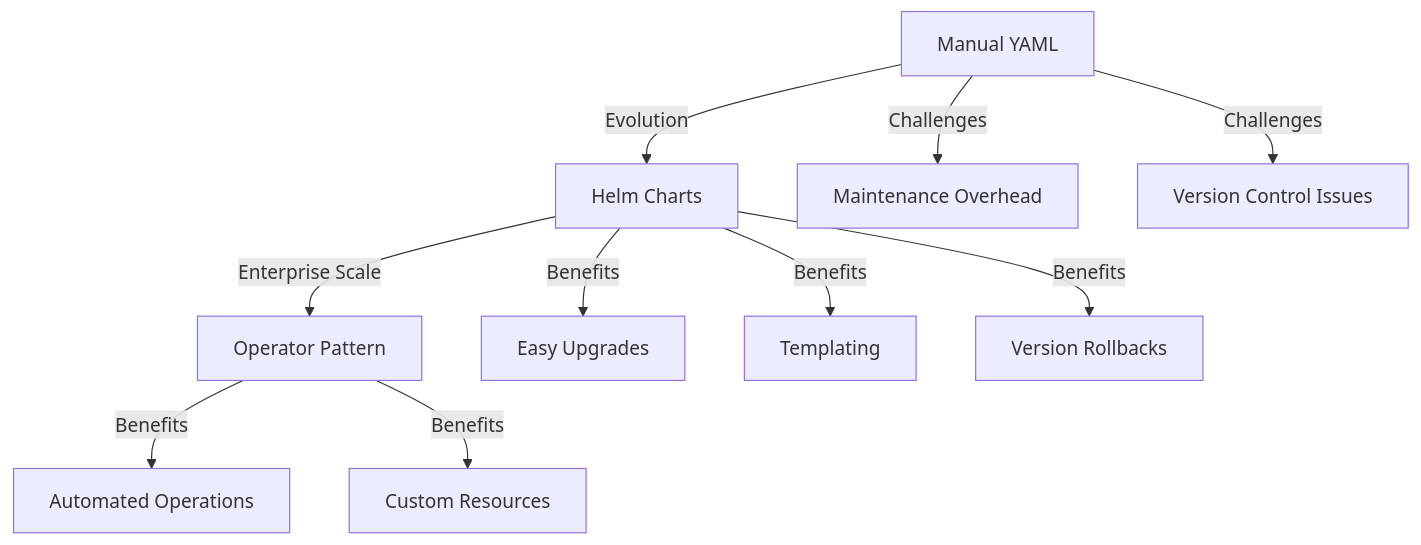
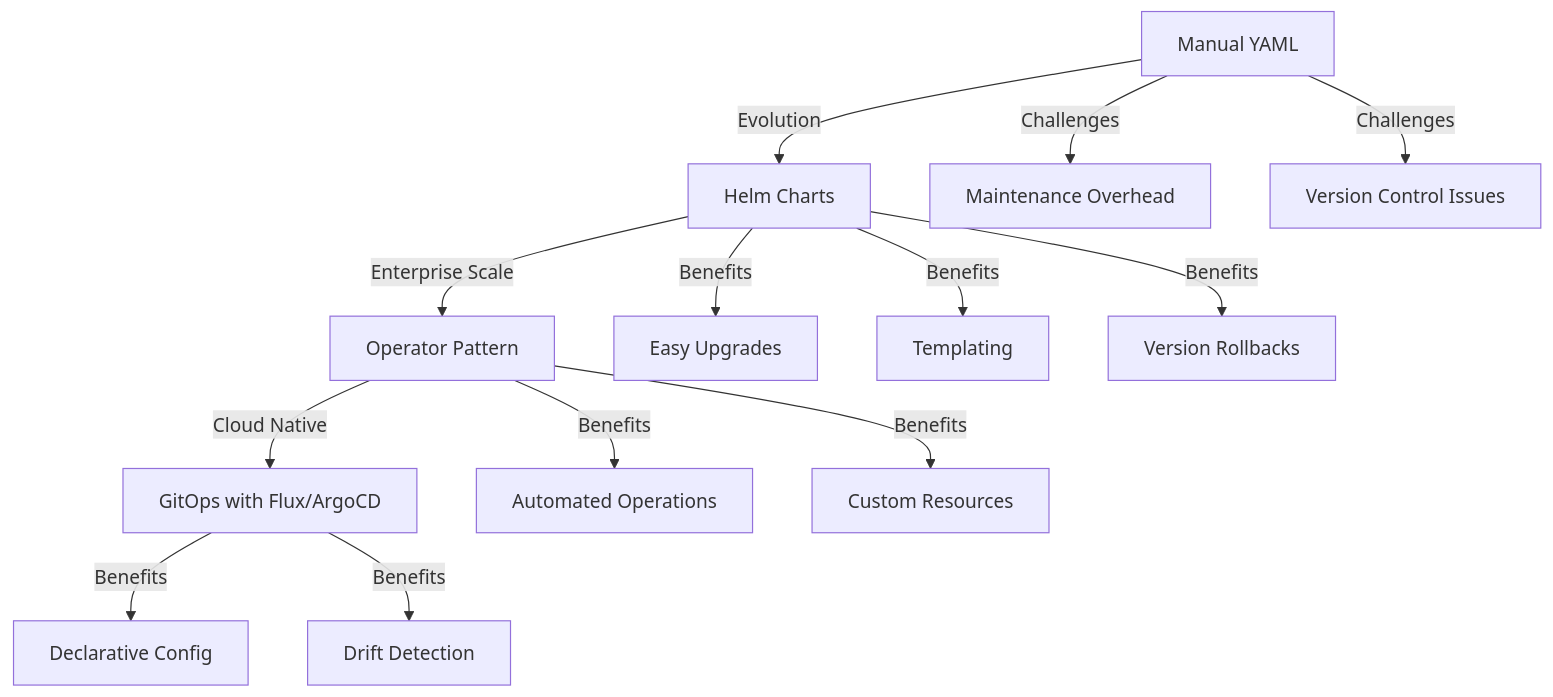
One commit to AkhilMylaram/terraform changed the first of 2 diagrams in docs/monitoring-implementation.md. Above: the diagram before and after it, drawn with Mermaid. The commit also changed other lines of this file and 2 other files, not shown here.

````diff
--- a/docs/monitoring-implementation.md
+++ b/docs/monitoring-implementation.md
@@ -42,15 +42,19 @@
 ```mermaid
 graph TD
     A[Manual YAML] -->|Evolution| B[Helm Charts]
     B -->|Enterprise Scale| C[Operator Pattern]
+    C -->|Cloud Native| D[GitOps with Flux/ArgoCD]
     
-    A -->|Challenges| D[Maintenance Overhead]
-    A -->|Challenges| E[Version Control Issues]
+    A -->|Challenges| E[Maintenance Overhead]
+    A -->|Challenges| F[Version Control Issues]
     
-    B -->|Benefits| F[Easy Upgrades]
-    B -->|Benefits| G[Templating]
-    B -->|Benefits| H[Version Rollbacks]
+    B -->|Benefits| G[Easy Upgrades]
+    B -->|Benefits| H[Templating]
+    B -->|Benefits| I[Version Rollbacks]
     
-    C -->|Benefits| I[Automated Operations]
-    C -->|Benefits| J[Custom Resources]
+    C -->|Benefits| J[Automated Operations]
+    C -->|Benefits| K[Custom Resources]
+    
+    D -->|Benefits| L[Declarative Config]
+    D -->|Benefits| M[Drift Detection]
 ```
````
